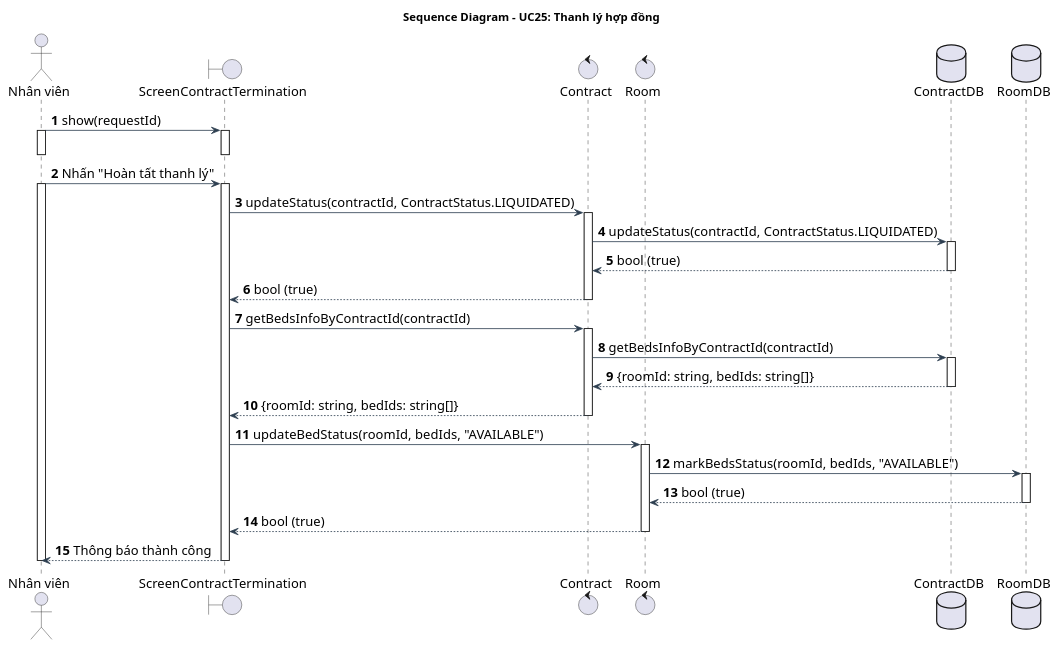
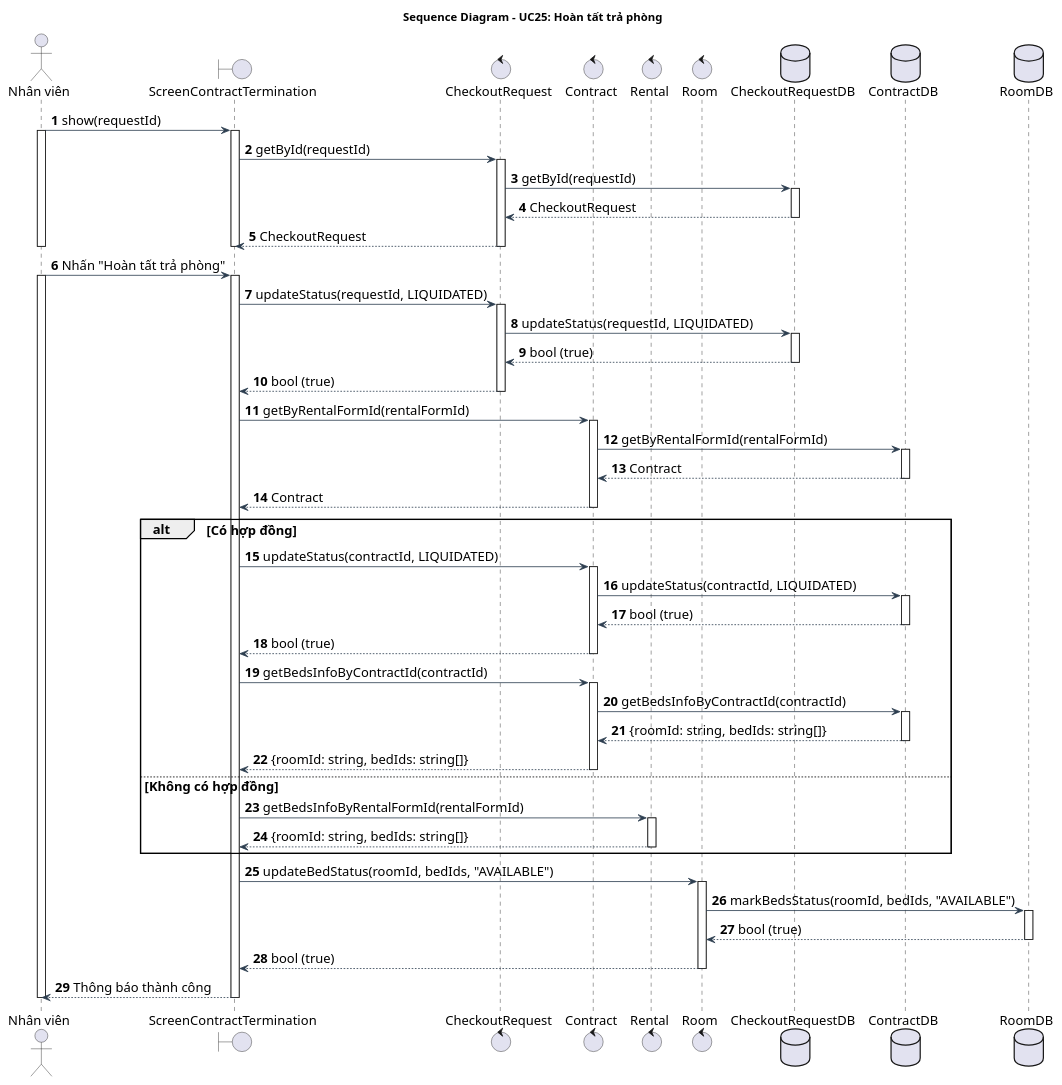
Before and after one commit to Gnourt812005/HCMUS-Analyze-and-desgin-IS: the diagram in doc/system/thanh_ly_hop_dong/ThanhLyHopDong_SequenceDiagram.wsd, drawn with PlantUML. The commit also changed 10 other files, not shown here.

Commit message:
quangdo/diagram: adjusted diagrams to match code

```diff
--- a/doc/system/thanh_ly_hop_dong/ThanhLyHopDong_SequenceDiagram.wsd
+++ b/doc/system/thanh_ly_hop_dong/ThanhLyHopDong_SequenceDiagram.wsd
@@ -1,62 +1,98 @@
 @startuml ThanhLyHopDong_SequenceDiagram
-title Sequence Diagram - UC25: Thanh lý hợp đồng
+title Sequence Diagram - UC25: Hoàn tất trả phòng
 
 skinparam {
     BackgroundColor White
     ArrowColor #2D3E50
     DefaultFontName "Arial"
     DefaultFontSize 16
     ParticipantPadding 15
 }
 
 autonumber
 
 actor "Nhân viên" as nv
 boundary "ScreenContractTermination" as screen
+control "CheckoutRequest" as checkoutCtrl
 control "Contract" as contract
+control "Rental" as rental
 control "Room" as room
+database "CheckoutRequestDB" as checkoutDb
 database "ContractDB" as contractDb
 database "RoomDB" as roomDb
 
 nv -> screen: show(requestId)
 activate nv
+activate screen
+screen -> checkoutCtrl: getById(requestId)
+activate checkoutCtrl
+checkoutCtrl -> checkoutDb: getById(requestId)
+activate checkoutDb
+checkoutDb --> checkoutCtrl: CheckoutRequest
+deactivate checkoutDb
+checkoutCtrl --> screen: CheckoutRequest
+deactivate checkoutCtrl
+deactivate screen
 deactivate nv
-activate screen
-deactivate screen
 
-nv -> screen: Nhấn "Hoàn tất thanh lý"
+nv -> screen: Nhấn "Hoàn tất trả phòng"
 activate nv
 activate screen
 
-screen -> contract: updateStatus(contractId, ContractStatus.LIQUIDATED)
+screen -> checkoutCtrl: updateStatus(requestId, LIQUIDATED)
+activate checkoutCtrl
+checkoutCtrl -> checkoutDb: updateStatus(requestId, LIQUIDATED)
+activate checkoutDb
+checkoutDb --> checkoutCtrl: bool (true)
+deactivate checkoutDb
+checkoutCtrl --> screen: bool (true)
+deactivate checkoutCtrl
+
+screen -> contract: getByRentalFormId(rentalFormId)
 activate contract
-contract -> contractDb: updateStatus(contractId, ContractStatus.LIQUIDATED)
+contract -> contractDb: getByRentalFormId(rentalFormId)
 activate contractDb
-contractDb --> contract: bool (true)
+contractDb --> contract: Contract
 deactivate contractDb
-contract --> screen: bool (true)
+contract --> screen: Contract
 deactivate contract
 
-screen -> contract: getBedsInfoByContractId(contractId)
-activate contract
-contract -> contractDb: getBedsInfoByContractId(contractId)
-activate contractDb
-contractDb --> contract: {roomId: string, bedIds: string[]}
-deactivate contractDb
-contract --> screen: {roomId: string, bedIds: string[]}
-deactivate contract
+alt Có hợp đồng
+    screen -> contract: updateStatus(contractId, LIQUIDATED)
+    activate contract
+    contract -> contractDb: updateStatus(contractId, LIQUIDATED)
+    activate contractDb
+    contractDb --> contract: bool (true)
+    deactivate contractDb
+    contract --> screen: bool (true)
+    deactivate contract
+
+    screen -> contract: getBedsInfoByContractId(contractId)
+    activate contract
+    contract -> contractDb: getBedsInfoByContractId(contractId)
+    activate contractDb
+    contractDb --> contract: {roomId: string, bedIds: string[]}
+    deactivate contractDb
+    contract --> screen: {roomId: string, bedIds: string[]}
+    deactivate contract
+else Không có hợp đồng
+    screen -> rental: getBedsInfoByRentalFormId(rentalFormId)
+    activate rental
+    rental --> screen: {roomId: string, bedIds: string[]}
+    deactivate rental
+end
 
 screen -> room: updateBedStatus(roomId, bedIds, "AVAILABLE")
 activate room
 room -> roomDb: markBedsStatus(roomId, bedIds, "AVAILABLE")
 activate roomDb
 roomDb --> room: bool (true)
 deactivate roomDb
 room --> screen: bool (true)
 deactivate room
 
 screen --> nv: Thông báo thành công
 deactivate screen
 deactivate nv
 
 @enduml
```
